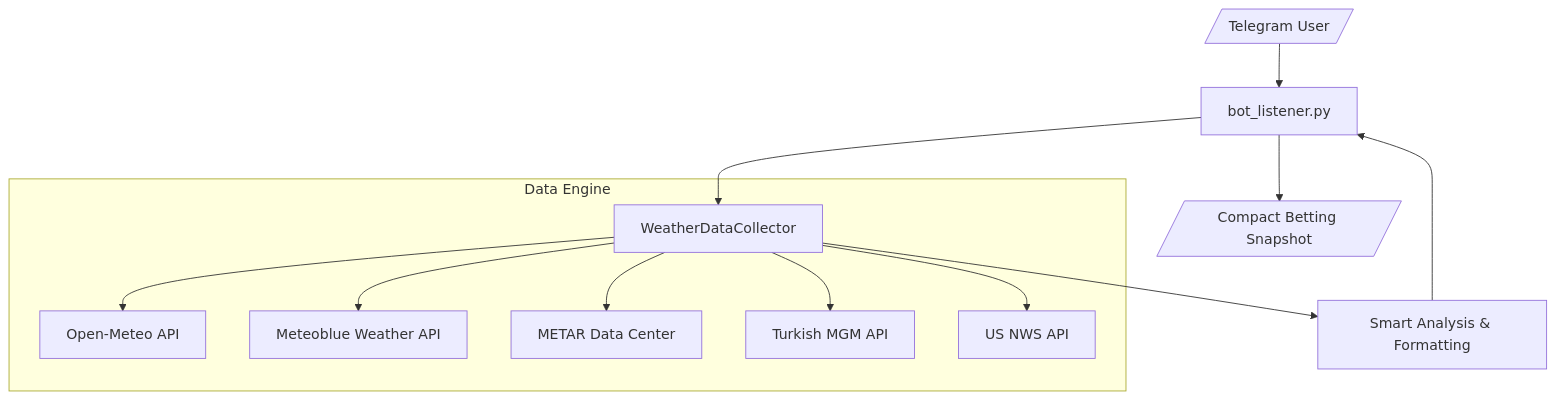
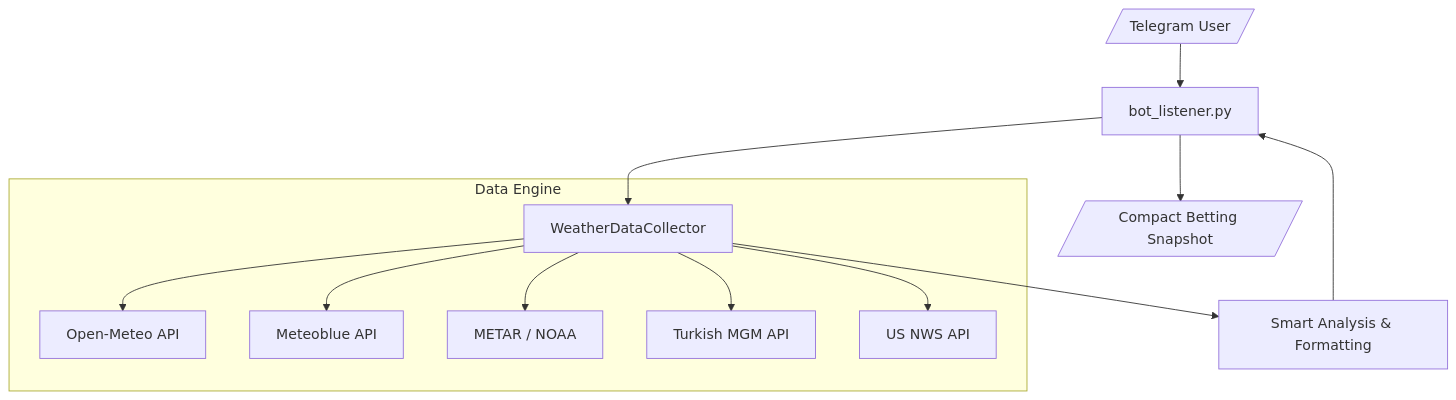
Before and after one commit to yangyuan-zhen/PolyWeather: the diagram in README.md, drawn with Mermaid. The commit also changed other lines of this file and 2 other files, not shown here.

````diff
--- a/README.md
+++ b/README.md
@@ -79,17 +138,17 @@
 ```mermaid
 graph TD
     User[/Telegram User/] --> Bot[bot_listener.py]
     Bot --> Collector[WeatherDataCollector]
 
     subgraph "Data Engine"
         Collector --> OM[Open-Meteo API]
-        Collector --> MB[Meteoblue Weather API]
-        Collector --> NOAA[METAR Data Center]
+        Collector --> MB[Meteoblue API]
+        Collector --> NOAA[METAR / NOAA]
         Collector --> MGM[Turkish MGM API]
         Collector --> NWS[US NWS API]
     end
 
     Collector --> Processing[Smart Analysis & Formatting]
     Processing --> Bot
-    Bot --> Reponse[/Compact Betting Snapshot/]
+    Bot --> Response[/Compact Betting Snapshot/]
 ```
````
